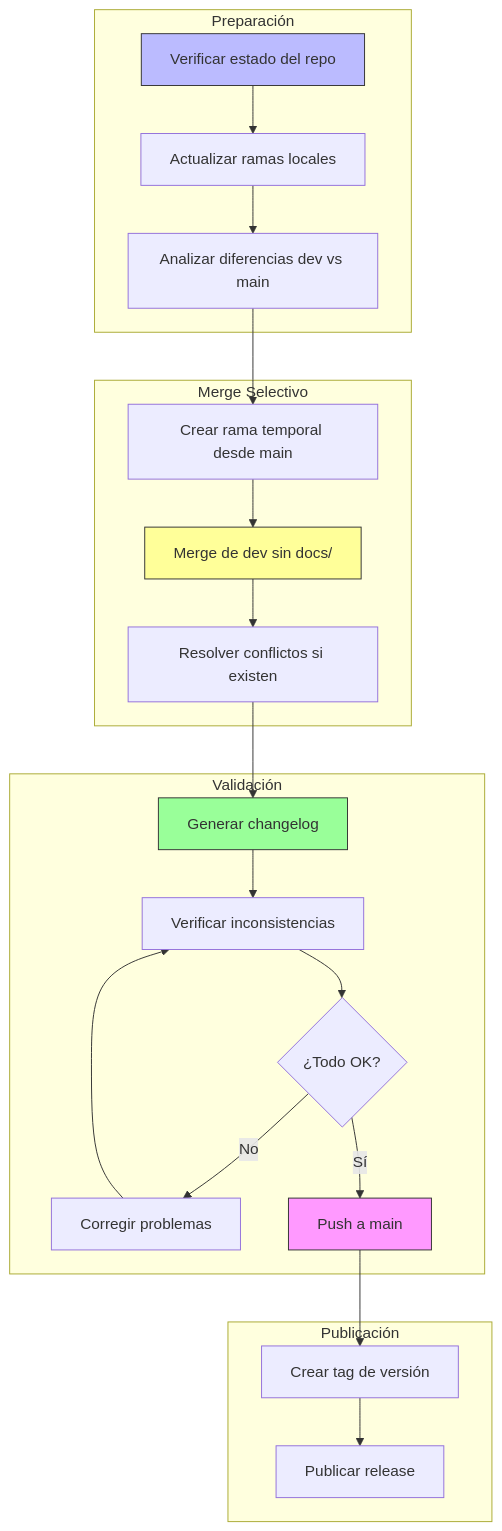
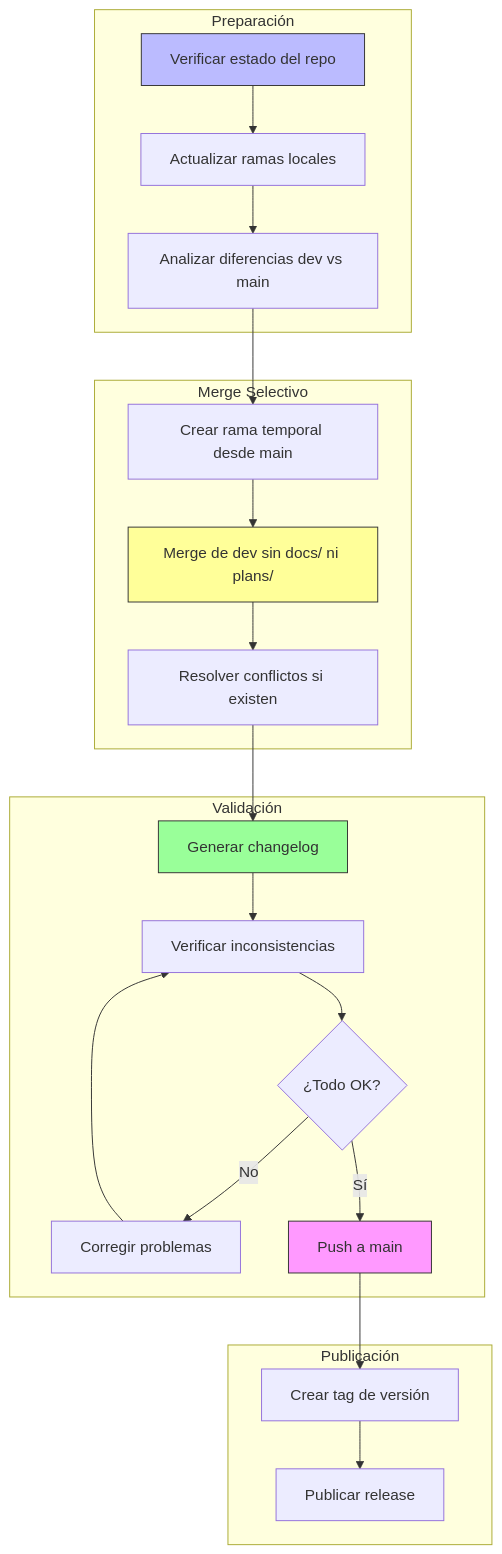
Before and after one commit to ersus93/bbalert: the diagram in plans/merge-dev-to-main-plan.md, drawn with Mermaid. The commit also changed other lines of this file, not shown here.

Commit message:
docs: actualiza plan de merge para excluir plans/ de main

````diff
--- a/plans/merge-dev-to-main-plan.md
+++ b/plans/merge-dev-to-main-plan.md
@@ -9,32 +44,32 @@
 ```mermaid
 flowchart TB
     subgraph Preparación
         A[Verificar estado del repo] --> B[Actualizar ramas locales]
         B --> C[Analizar diferencias dev vs main]
     end
     
     subgraph Merge Selectivo
         C --> D[Crear rama temporal desde main]
-        D --> E[Merge de dev sin docs/]
+        D --> E[Merge de dev sin docs/ ni plans/]
         E --> F[Resolver conflictos si existen]
     end
     
     subgraph Validación
         F --> G[Generar changelog]
         G --> H[Verificar inconsistencias]
         H --> I{¿Todo OK?}
         I -->|No| J[Corregir problemas]
         J --> H
         I -->|Sí| K[Push a main]
     end
     
     subgraph Publicación
         K --> L[Crear tag de versión]
         L --> M[Publicar release]
     end
     
     style A fill:#bbf,stroke:#333
     style E fill:#ff9,stroke:#333
     style G fill:#9f9,stroke:#333
     style K fill:#f9f,stroke:#333
 ```
````
